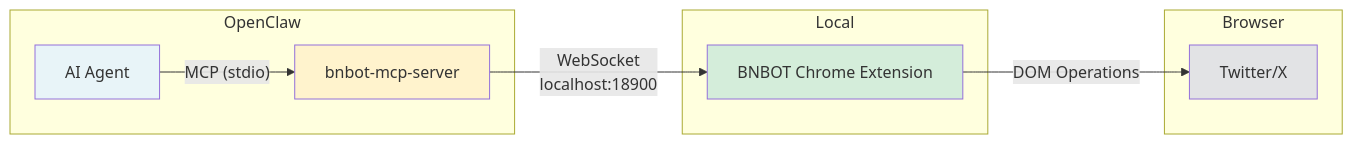
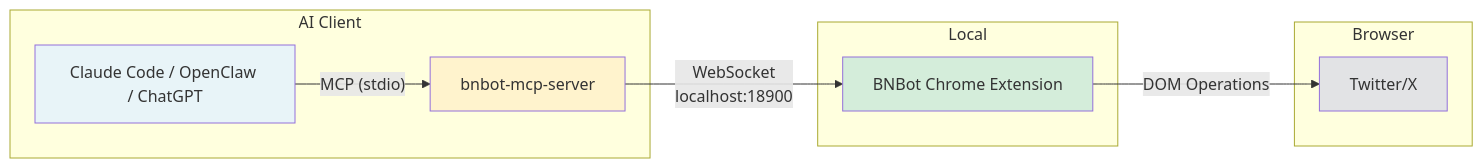
The diagram in skills/jackleeio/bnbot/README.md (AgentWorkers/skills), drawn with Mermaid before and after one commit. The commit also changed other lines of this file and 299 other files, not shown here.

````diff
--- a/skills/jackleeio/bnbot/README.md
+++ b/skills/jackleeio/bnbot/README.md
@@ -46,17 +22,17 @@
 ```mermaid
 flowchart LR
-    subgraph OpenClaw
-        A[AI Agent] -->|"MCP (stdio)"| B[bnbot-mcp-server]
+    subgraph "AI Client"
+        A[Claude Code / OpenClaw / ChatGPT] -->|"MCP (stdio)"| B[bnbot-mcp-server]
     end
     subgraph Local
-        B -->|"WebSocket\nlocalhost:18900"| C[BNBOT Chrome Extension]
+        B -->|"WebSocket\nlocalhost:18900"| C[BNBot Chrome Extension]
     end
     subgraph Browser
         C -->|"DOM Operations"| D[Twitter/X]
     end
 
     style A fill:#e8f4f8
     style B fill:#fff3cd
     style C fill:#d4edda
     style D fill:#e2e3e5
 ```
````
